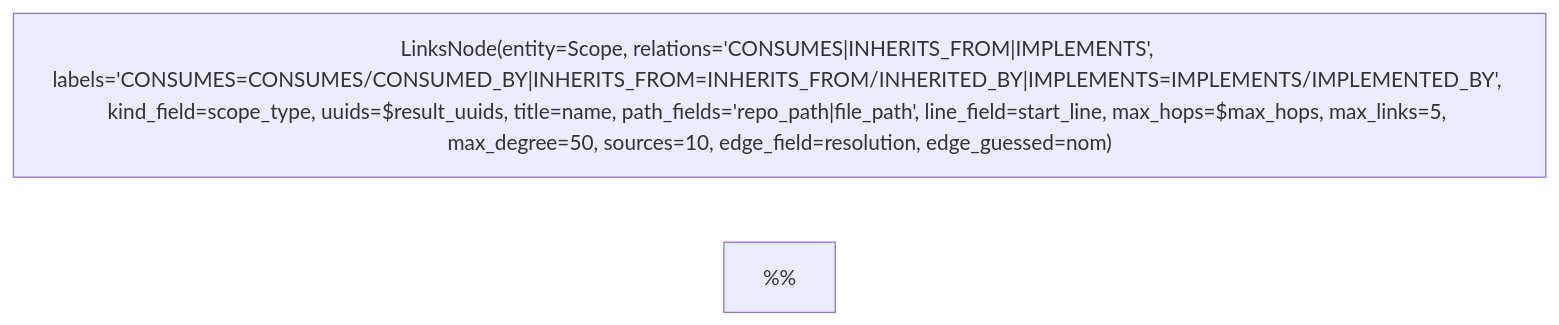
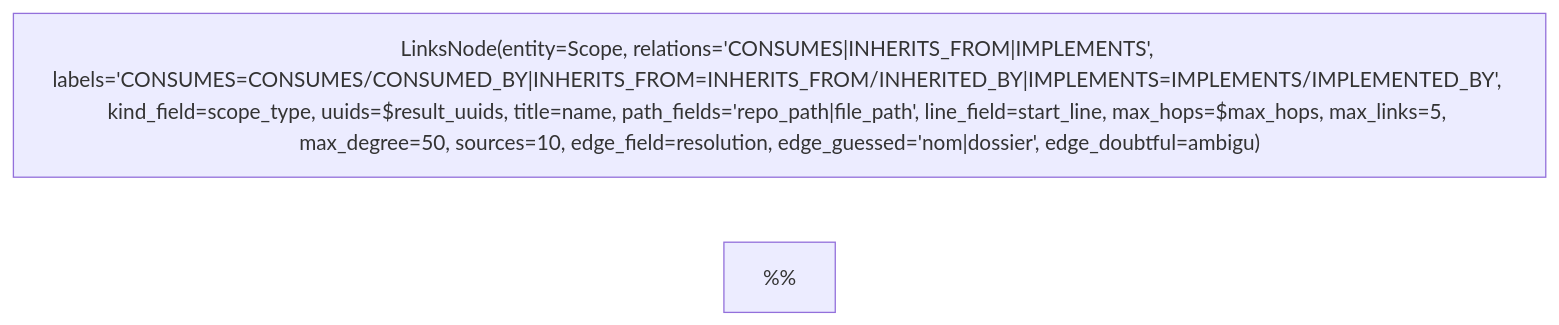
The diagram in extension/rag3weaver/templates/tools/links.mmd (L-Defraiteur/rag3db), drawn with Mermaid before and after one commit. The commit also changed 22 other files, not shown here.

```diff
--- a/extension/rag3weaver/templates/tools/links.mmd
+++ b/extension/rag3weaver/templates/tools/links.mmd
@@ -1,22 +1,22 @@
 %% tool: links
 %% description: Comment les résultats d'une recherche se relient dans le graphe du code : les plus courts chemins entre eux, à deux sauts par défaut (quatre au plus), sans passer par un utilitaire appelé de partout. Un arbre par nom le plus relié (la forme du graphe de dépendances), rien quand ils ne se relient pas. Fait pour un crochet après outil (`after`, `results_port`) : la section n'existe que si le manifeste la déclare.
 %% param: result_uuids json = [] -- Les uuid des résultats de l'outil, dans l'ordre (le crochet les passe).
 %% param: max_hops int = 2 -- Longueur maximale d'un lien, 1 à 4. Deux par défaut : à quatre, presque tout se relie par des utilitaires moyens.
 %% result: links.result
 
 graph LR
-    links["LinksNode(entity=Scope, relations='CONSUMES|INHERITS_FROM|IMPLEMENTS', labels='CONSUMES=CONSUMES/CONSUMED_BY|INHERITS_FROM=INHERITS_FROM/INHERITED_BY|IMPLEMENTS=IMPLEMENTS/IMPLEMENTED_BY', kind_field=scope_type, uuids=$result_uuids, title=name, path_fields='repo_path|file_path', line_field=start_line, max_hops=$max_hops, max_links=5, max_degree=50, sources=10, edge_field=resolution, edge_guessed=nom)"]
+    links["LinksNode(entity=Scope, relations='CONSUMES|INHERITS_FROM|IMPLEMENTS', labels='CONSUMES=CONSUMES/CONSUMED_BY|INHERITS_FROM=INHERITS_FROM/INHERITED_BY|IMPLEMENTS=IMPLEMENTS/IMPLEMENTED_BY', kind_field=scope_type, uuids=$result_uuids, title=name, path_fields='repo_path|file_path', line_field=start_line, max_hops=$max_hops, max_links=5, max_degree=50, sources=10, edge_field=resolution, edge_guessed='nom|dossier', edge_doubtful=ambigu)"]
 
 %% Le schéma de code (src/code.rs) : `CONSUMES` (appel, usage d'un type,
 %% import), `INHERITS_FROM`, `IMPLEMENTS`, entre `Scope`. Les deux sens sont
 %% suivis : « A utilise X, qu'utilise aussi B » relie A et B. Le nœud est
 %% générique : il ne sait rien de ces relations.
 %%
 %% Le branchement, éteint par défaut — à ajouter à l'outil `search_code` du
 %% manifeste (`templates/backends/code/backend.json`) pour l'allumer :
 %%   "after": {"graph": "../../tools/links.mmd", "title": "Liens",
 %%             "max_lines": 14,
 %%             "results_port": {"node": "render", "port": "results"}}
 %% Les arêtes devinées (`resolution = nom` : le rendez-vous les a posées par
 %% le seul nom, sans type ni import qui confirme) ne sont pas suivies ; une
 %% arête sans marque (base d'avant la colonne) est suivie.
```
